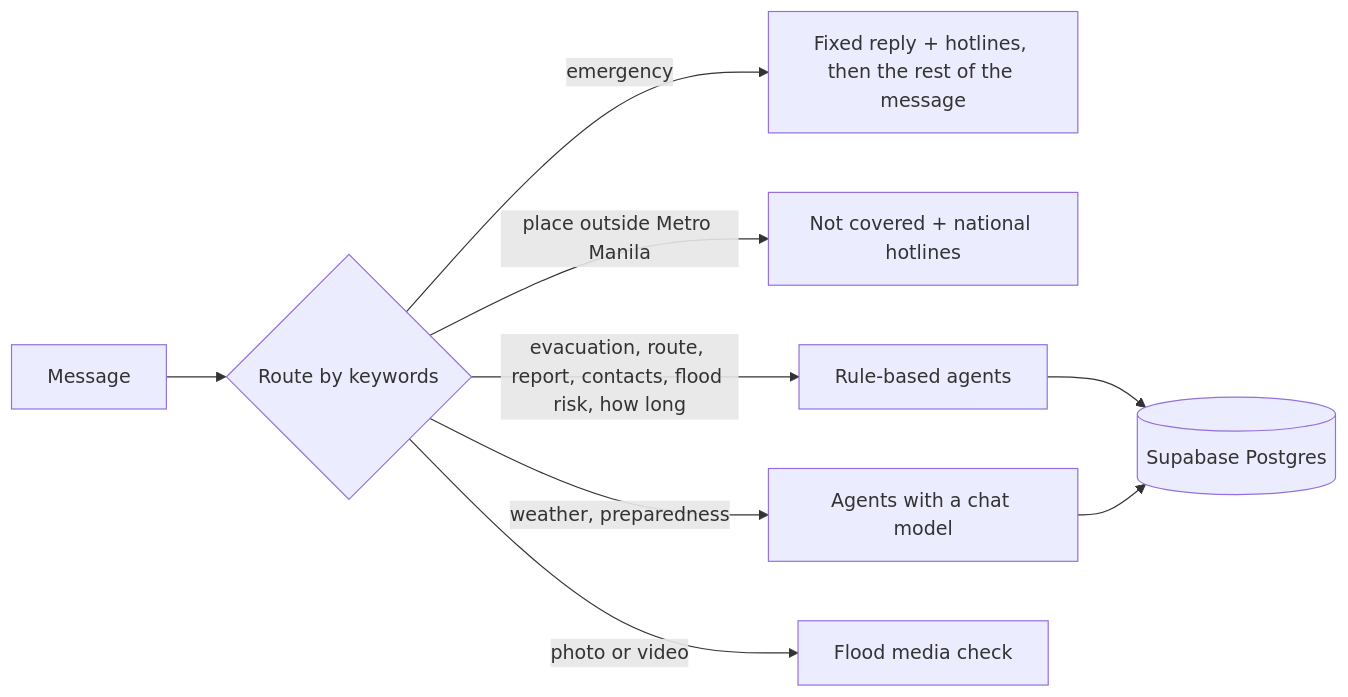
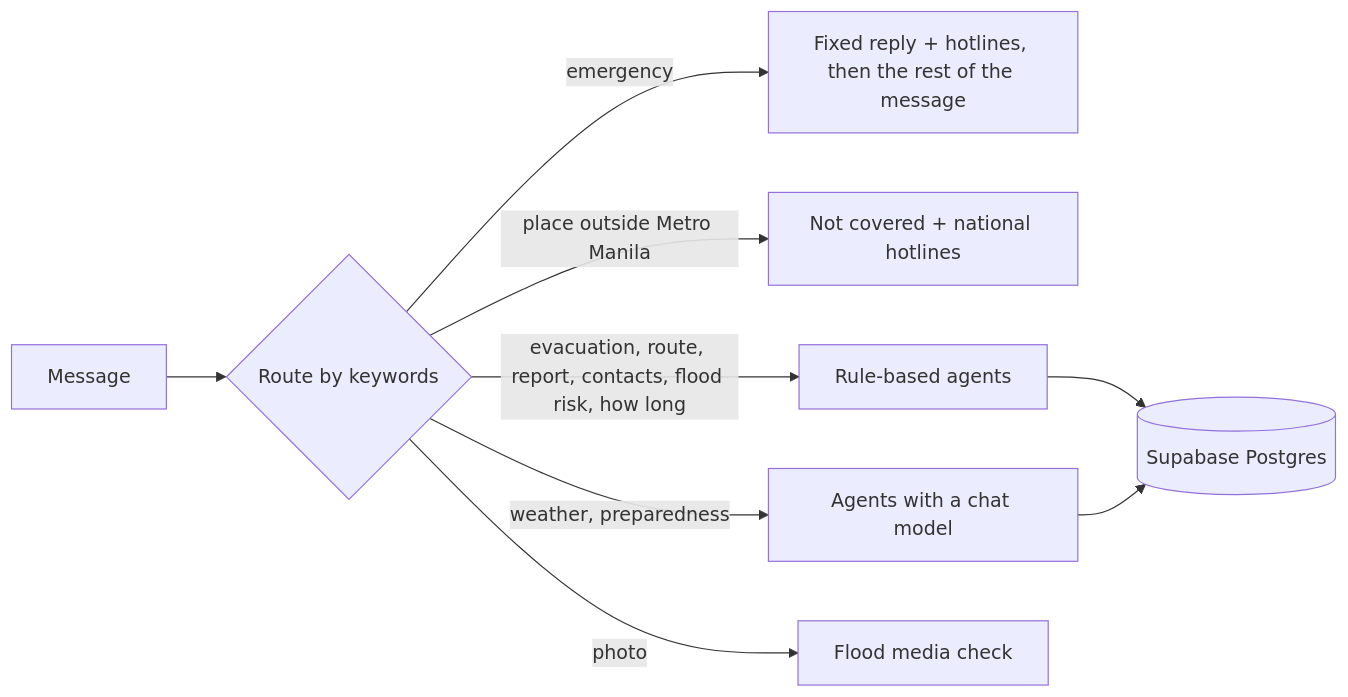
One commit to kennethmedes28/Flood-Gentic changed the diagram in README.md. Above: the diagram before and after it, drawn with Mermaid. The commit also changed other lines of this file and 35 other files, not shown here.

````diff
--- a/README.md
+++ b/README.md
@@ -139,11 +139,11 @@
 ```mermaid
 flowchart LR
     M[Message] --> R{Route by keywords}
     R -->|emergency| E[Fixed reply + hotlines, then the rest of the message]
     R -->|place outside Metro Manila| O[Not covered + national hotlines]
     R -->|evacuation, route, report, contacts, flood risk, how long| A[Rule-based agents]
     R -->|weather, preparedness| L[Agents with a chat model]
-    R -->|photo or video| V[Flood media check]
+    R -->|photo| V[Flood media check]
     A --> D[(Supabase Postgres)]
     L --> D
 ```
````
